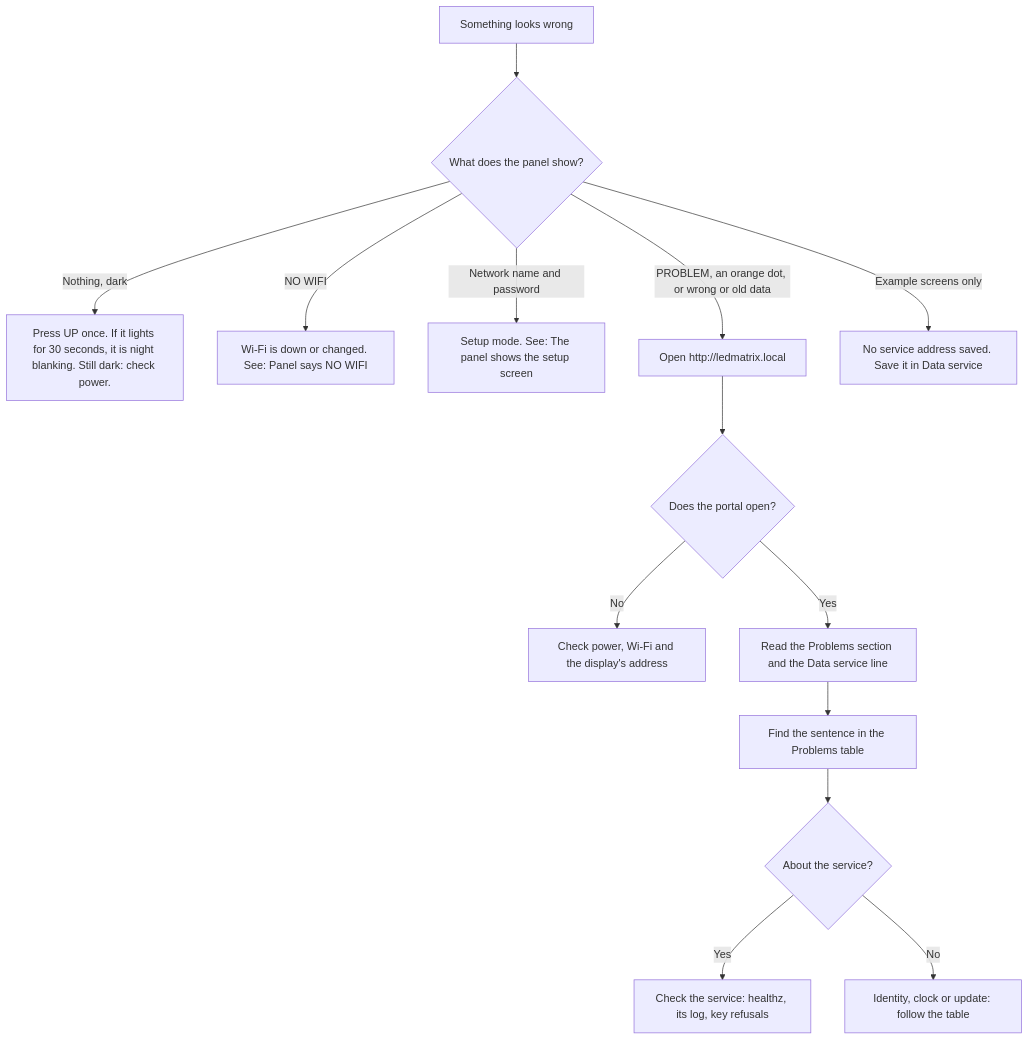
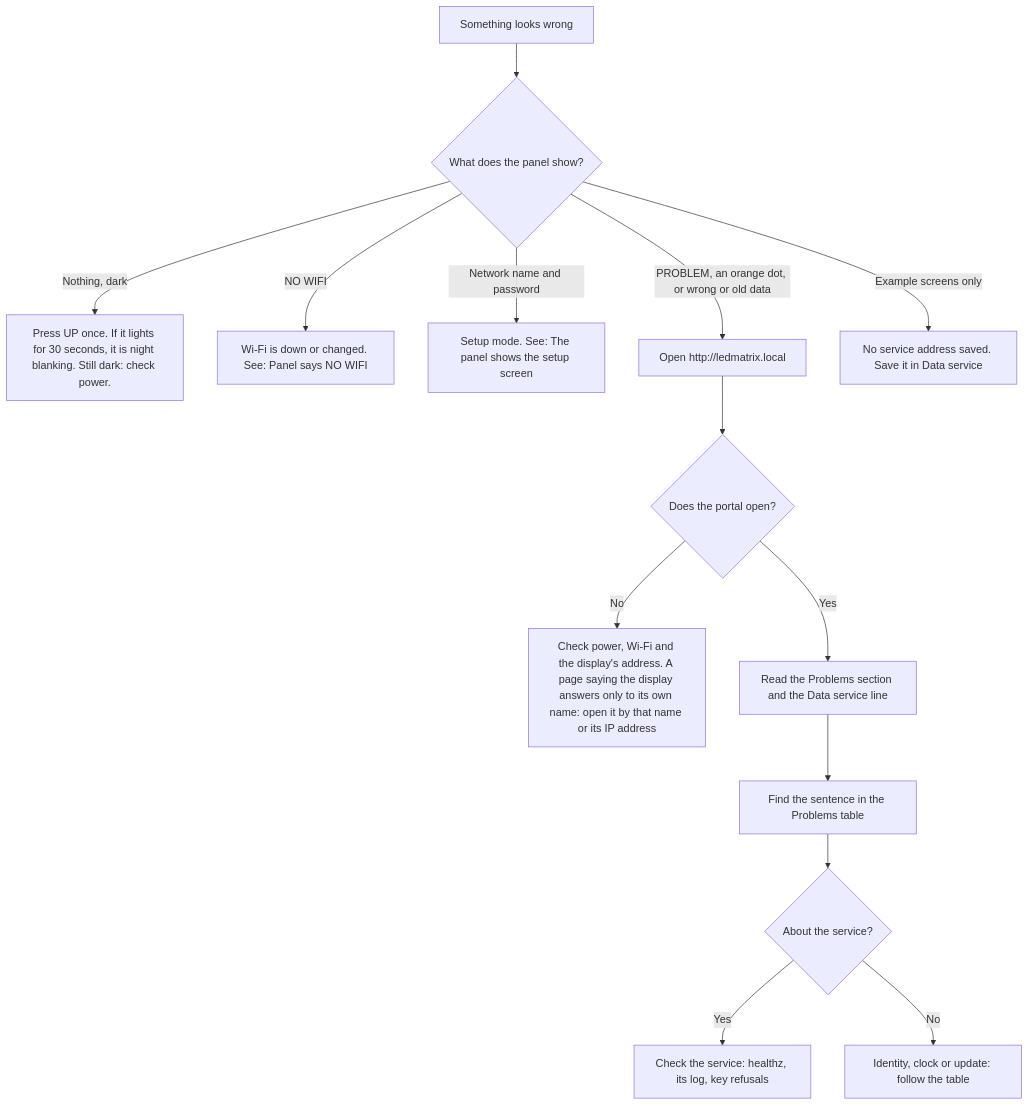
The first of 2 diagrams in docs/operations.md (suvl/ledmatrix), drawn with Mermaid before and after one commit. The commit also changed other lines of this file and 3 other files, not shown here.

First line of the commit message:
Docs wave 1: apply the remaining notes (operations, security, architecture, install, build, development, glossary, README)

````diff
--- a/docs/operations.md
+++ b/docs/operations.md
@@ -407,16 +412,16 @@
 ```mermaid
 flowchart TD
     start["Something looks wrong"] --> panel{"What does the panel show?"}
     panel -->|"Nothing, dark"| dark["Press UP once. If it lights for 30 seconds, it is night blanking. Still dark: check power."]
     panel -->|"NO WIFI"| nowifi["Wi-Fi is down or changed. See: Panel says NO WIFI"]
     panel -->|"Network name and password"| setup["Setup mode. See: The panel shows the setup screen"]
     panel -->|"PROBLEM, an orange dot, or wrong or old data"| portal["Open http://ledmatrix.local"]
     panel -->|"Example screens only"| noservice["No service address saved. Save it in Data service"]
     portal --> opens{"Does the portal open?"}
-    opens -->|"No"| net["Check power, Wi-Fi and the display's address"]
+    opens -->|"No"| net["Check power, Wi-Fi and the display's address. A page saying the display answers only to its own name: open it by that name or its IP address"]
     opens -->|"Yes"| prob["Read the Problems section and the Data service line"]
     prob --> sentence["Find the sentence in the Problems table"]
     sentence --> svc{"About the service?"}
     svc -->|"Yes"| svccheck["Check the service: healthz, its log, key refusals"]
     svc -->|"No"| other["Identity, clock or update: follow the table"]
 ```
````
